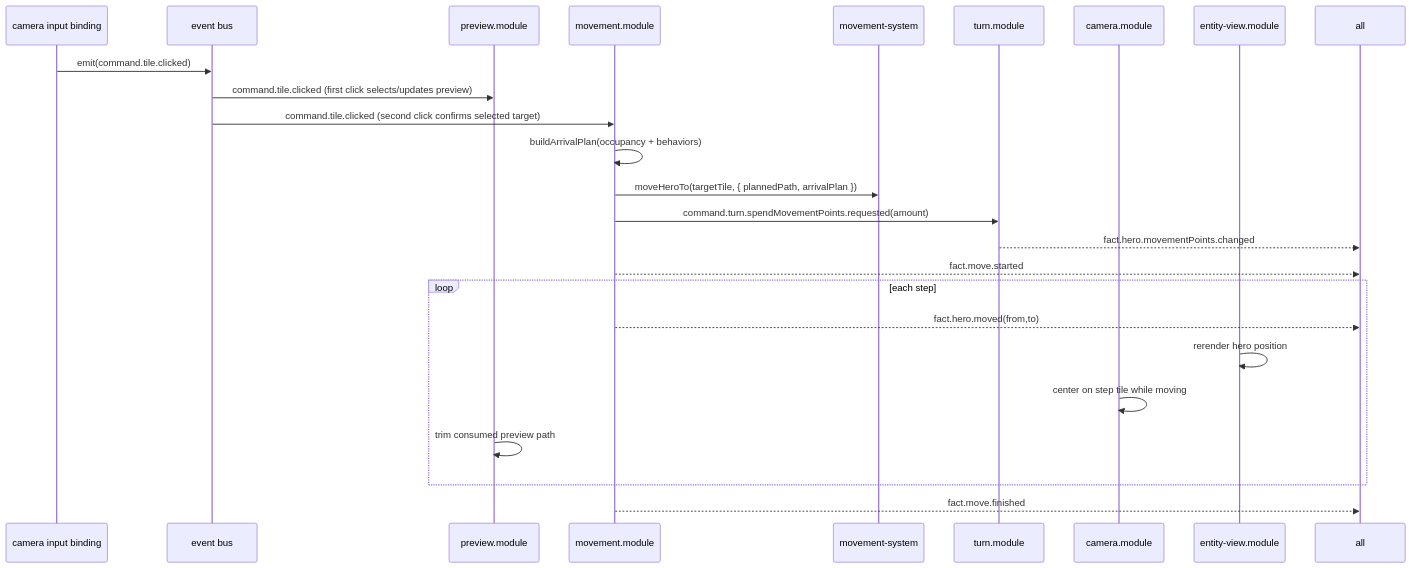
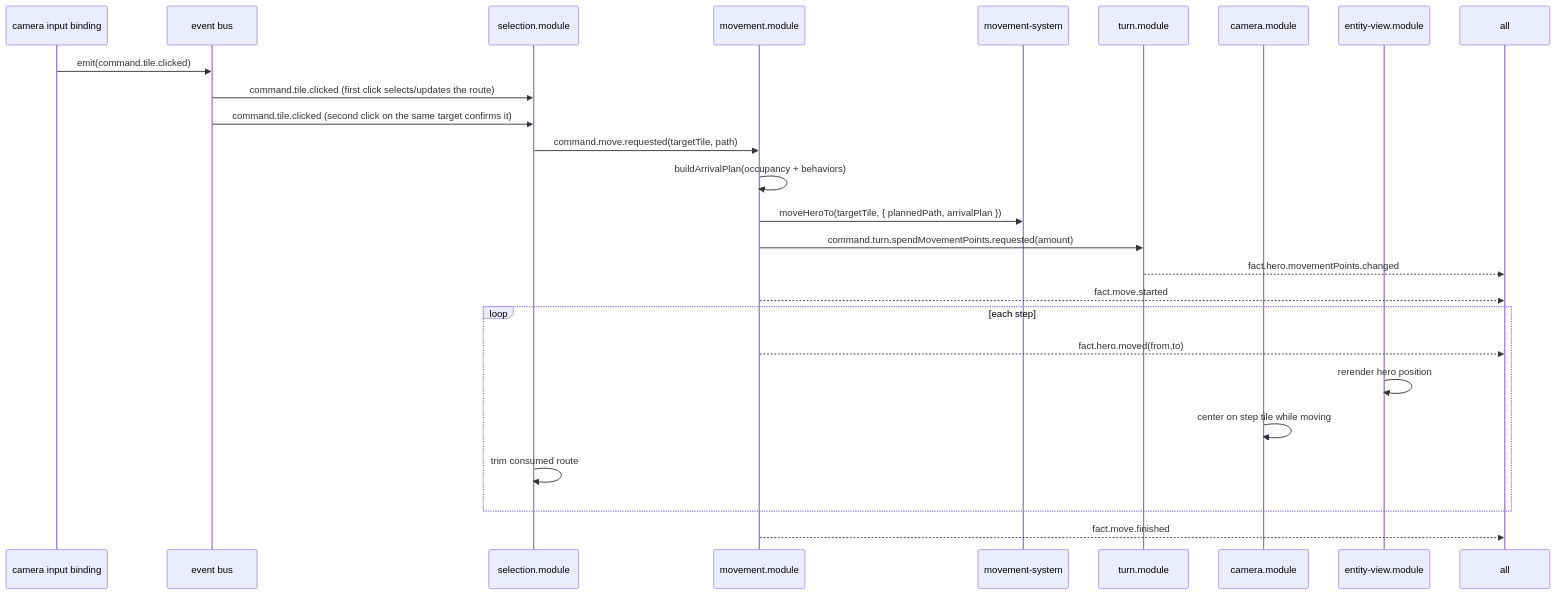
One commit to jakubjanczyk/heroes-3-js changed the fourth of 4 diagrams in docs/v1/ARCHITECTURE.md. Above: the diagram before and after it, drawn with Mermaid. The commit also changed other lines of this file and 6 other files, not shown here.

First line of the commit message:
app: give route selection a single owner

````diff
--- a/docs/v1/ARCHITECTURE.md
+++ b/docs/v1/ARCHITECTURE.md
@@ -239,27 +245,28 @@
 ```mermaid
 sequenceDiagram
   participant Input as camera input binding
   participant Bus as event bus
-  participant Preview as preview.module
+  participant Selection as selection.module
   participant Movement as movement.module
   participant MovementSystem as movement-system
   participant Turn as turn.module
   participant Camera as camera.module
   participant EntityView as entity-view.module
 
   Input->>Bus: emit(command.tile.clicked)
-  Bus->>Preview: command.tile.clicked (first click selects/updates preview)
-  Bus->>Movement: command.tile.clicked (second click confirms selected target)
+  Bus->>Selection: command.tile.clicked (first click selects/updates the route)
+  Bus->>Selection: command.tile.clicked (second click on the same target confirms it)
+  Selection->>Movement: command.move.requested(targetTile, path)
   Movement->>Movement: buildArrivalPlan(occupancy + behaviors)
   Movement->>MovementSystem: moveHeroTo(targetTile, { plannedPath, arrivalPlan })
   Movement->>Turn: command.turn.spendMovementPoints.requested(amount)
   Turn-->>all: fact.hero.movementPoints.changed
   Movement-->>all: fact.move.started
   loop each step
     Movement-->>all: fact.hero.moved(from,to)
     EntityView->>EntityView: rerender hero position
     Camera->>Camera: center on step tile while moving
-    Preview->>Preview: trim consumed preview path
+    Selection->>Selection: trim consumed route
   end
   Movement-->>all: fact.move.finished
 ```
````
